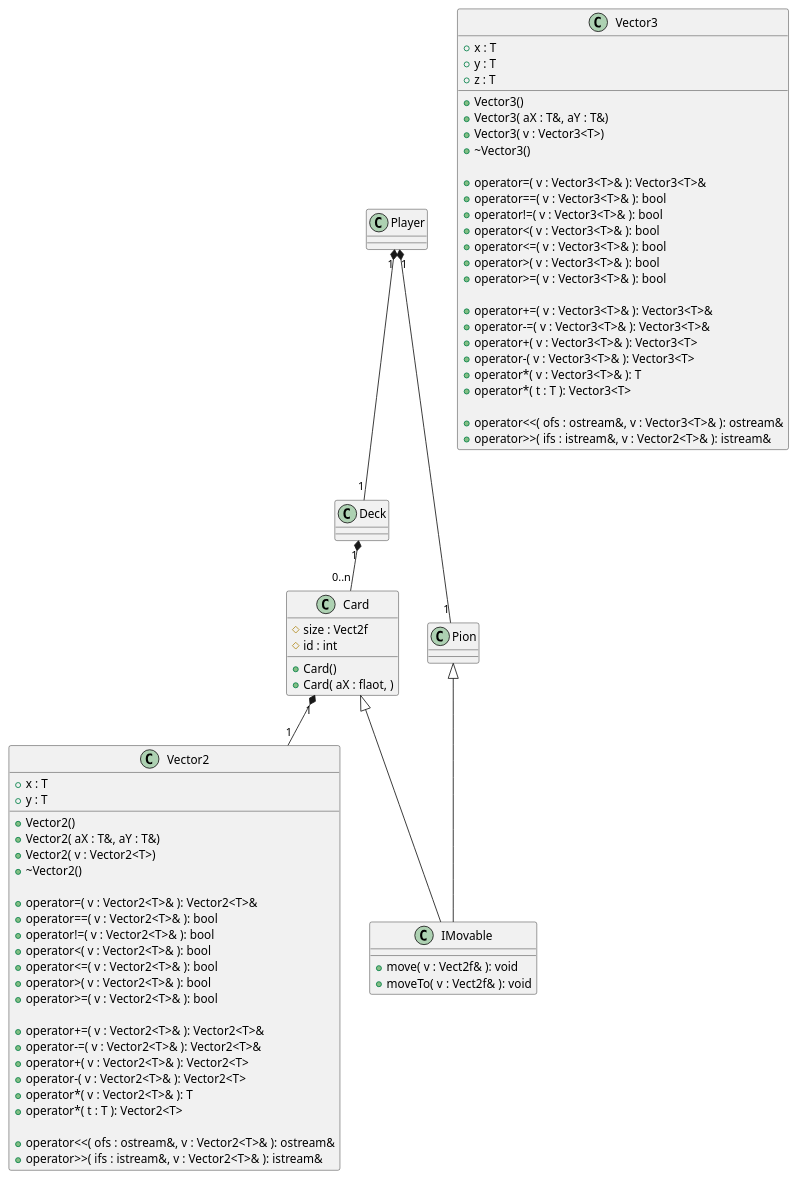
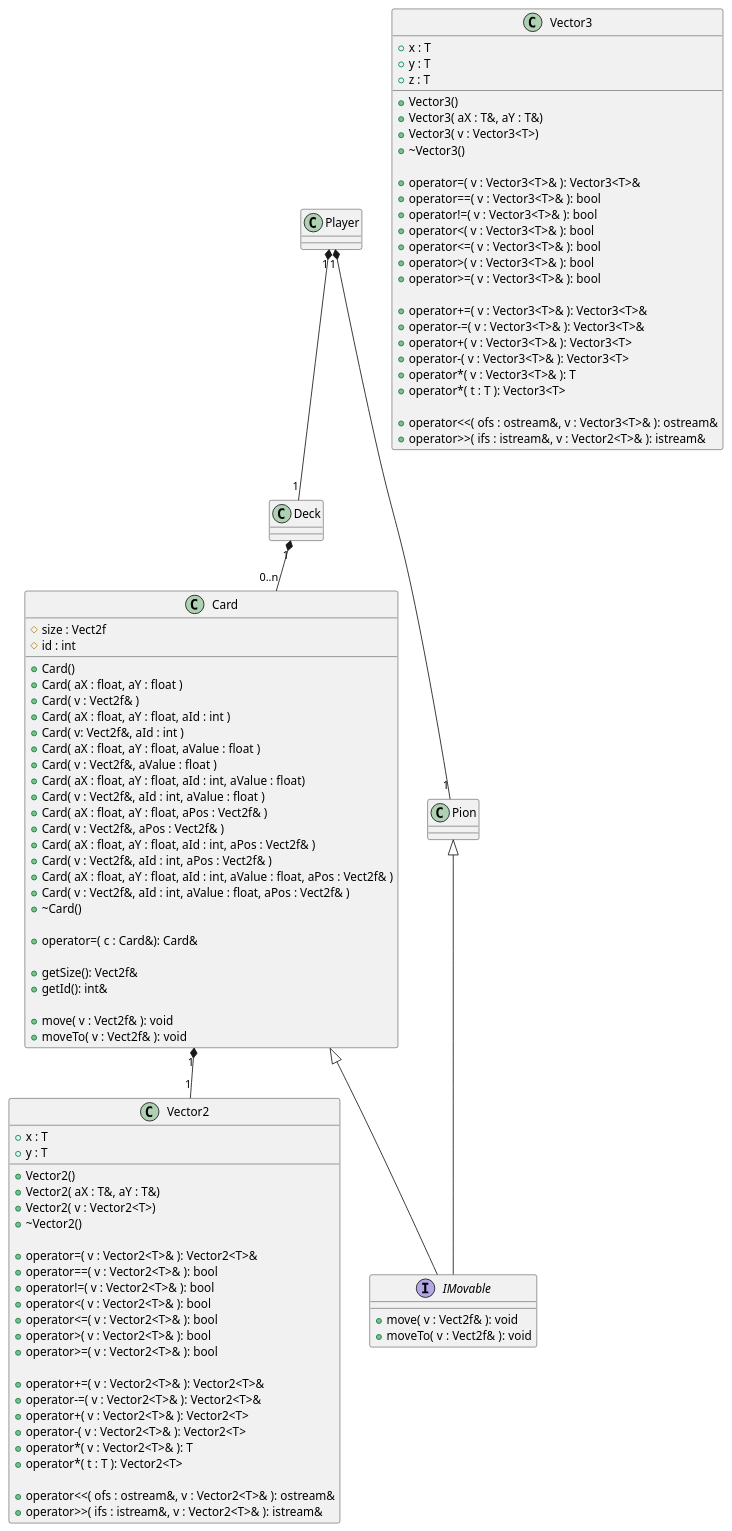
Before and after one commit to Flosilver/libRosace-dev: the diagram in UML.puml, drawn with PlantUML.

Commit message:
update uml

```diff
--- a/UML.puml
+++ b/UML.puml
@@ -1,101 +1,123 @@
 @startuml UML
 
-class IMovable{
+interface IMovable{
     + move( v : Vect2f& ): void
     + moveTo( v : Vect2f& ): void
 }
 
 
 class Vector2 {
     + x : T
     + y : T 
 
     + Vector2()
     + Vector2( aX : T&, aY : T&)
     + Vector2( v : Vector2<T>)
     + ~Vector2()
 
     + operator=( v : Vector2<T>& ): Vector2<T>&
     + operator==( v : Vector2<T>& ): bool
     + operator!=( v : Vector2<T>& ): bool
     + operator<( v : Vector2<T>& ): bool
     + operator<=( v : Vector2<T>& ): bool
     + operator>( v : Vector2<T>& ): bool
     + operator>=( v : Vector2<T>& ): bool
 
     + operator+=( v : Vector2<T>& ): Vector2<T>&
     + operator-=( v : Vector2<T>& ): Vector2<T>&
     + operator+( v : Vector2<T>& ): Vector2<T>
     + operator-( v : Vector2<T>& ): Vector2<T>
     + operator*( v : Vector2<T>& ): T
     + operator*( t : T ): Vector2<T>
 
     + operator<<( ofs : ostream&, v : Vector2<T>& ): ostream&
     + operator>>( ifs : istream&, v : Vector2<T>& ): istream&
 }
 
 class Vector3 {
     + x : T
     + y : T 
     + z : T
 
     + Vector3()
     + Vector3( aX : T&, aY : T&)
     + Vector3( v : Vector3<T>)
     + ~Vector3()
 
     + operator=( v : Vector3<T>& ): Vector3<T>&
     + operator==( v : Vector3<T>& ): bool
     + operator!=( v : Vector3<T>& ): bool
     + operator<( v : Vector3<T>& ): bool
     + operator<=( v : Vector3<T>& ): bool
     + operator>( v : Vector3<T>& ): bool
     + operator>=( v : Vector3<T>& ): bool
 
     + operator+=( v : Vector3<T>& ): Vector3<T>&
     + operator-=( v : Vector3<T>& ): Vector3<T>&
     + operator+( v : Vector3<T>& ): Vector3<T>
     + operator-( v : Vector3<T>& ): Vector3<T>
     + operator*( v : Vector3<T>& ): T
     + operator*( t : T ): Vector3<T>
 
     + operator<<( ofs : ostream&, v : Vector3<T>& ): ostream&
     + operator>>( ifs : istream&, v : Vector2<T>& ): istream&
 }
 
 
 class Card
 {
     # size : Vect2f
     # id : int
 
     + Card()
-    + Card( aX : flaot, )
+    + Card( aX : float, aY : float )
+    + Card( v : Vect2f& )
+    + Card( aX : float, aY : float, aId : int )
+    + Card( v: Vect2f&, aId : int )
+    + Card( aX : float, aY : float, aValue : float )
+    + Card( v : Vect2f&, aValue : float )
+    + Card( aX : float, aY : float, aId : int, aValue : float)
+    + Card( v : Vect2f&, aId : int, aValue : float )
+    + Card( aX : float, aY : float, aPos : Vect2f& )
+    + Card( v : Vect2f&, aPos : Vect2f& )
+    + Card( aX : float, aY : float, aId : int, aPos : Vect2f& )
+    + Card( v : Vect2f&, aId : int, aPos : Vect2f& )
+    + Card( aX : float, aY : float, aId : int, aValue : float, aPos : Vect2f& )
+    + Card( v : Vect2f&, aId : int, aValue : float, aPos : Vect2f& )
+    + ~Card()
+
+    + operator=( c : Card&): Card&
+    
+    + getSize(): Vect2f&
+    + getId(): int&
+
+    + move( v : Vect2f& ): void
+    + moveTo( v : Vect2f& ): void
 }
 
 class Deck{
 
 }
 
 class Player{
 
 }
 
 class Pion{
 
 }
 
 
 
 
 Card "1" *-- "1" Vector2
 Card <|-- IMovable
 
 Deck "1" *-- "0..n" Card
 
 Pion <|-- IMovable
 
 Player "1" *-- "1" Pion
 Player "1" *-- "1" Deck
 
 @enduml
```
